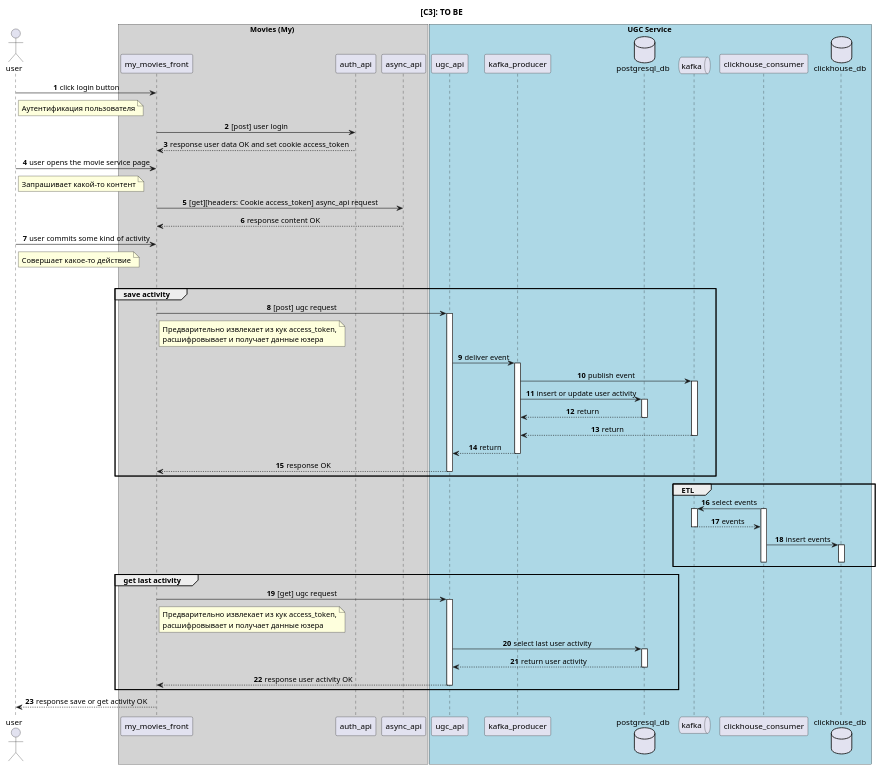
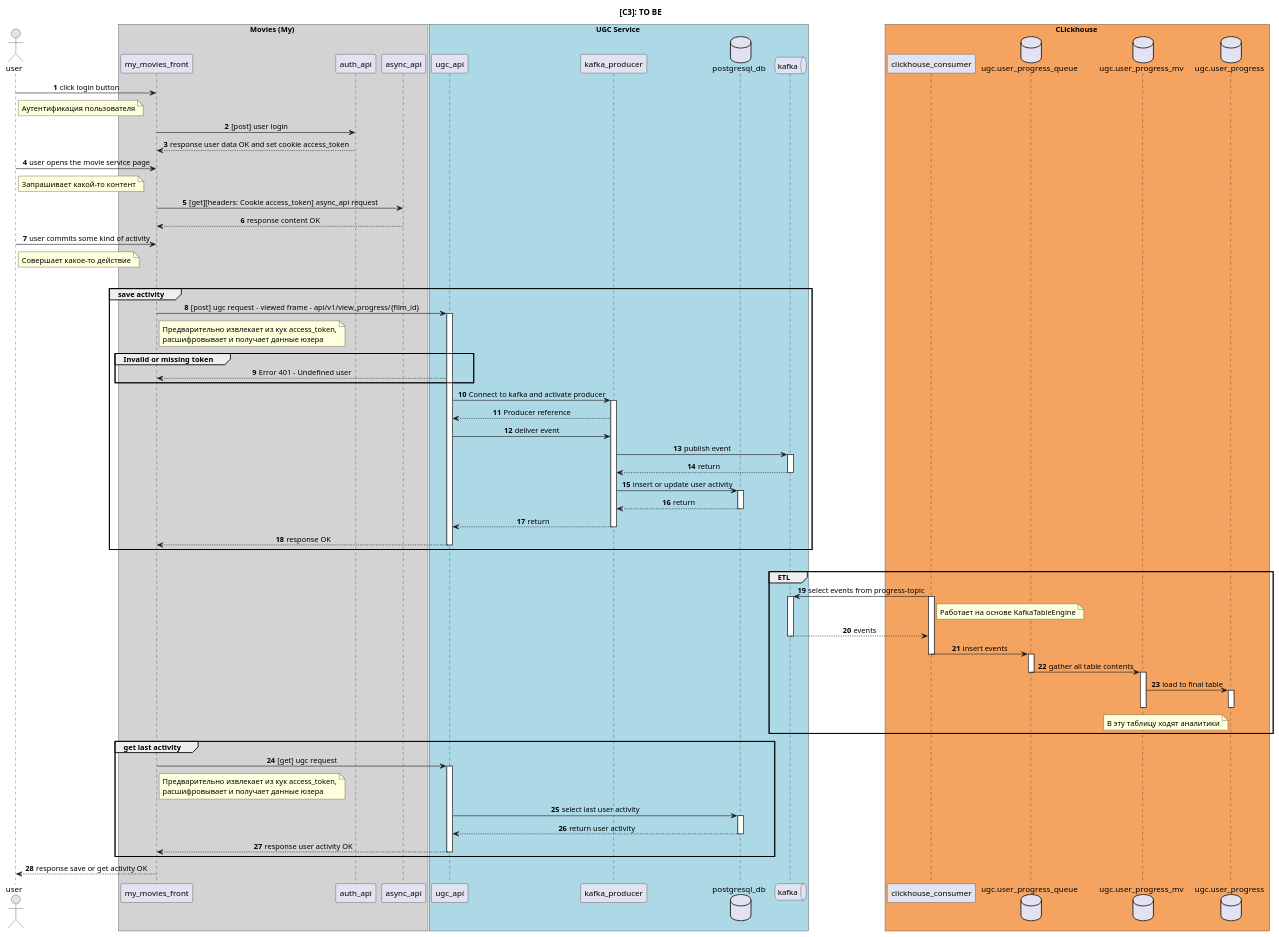
Before and after one commit to wiky-avis/movies_ugc_service: the diagram in docs/to_be/с3_to_be.puml, drawn with PlantUML. The commit also changed 2 other files, not shown here.

```diff
--- a/docs/to_be/с3_to_be.puml
+++ b/docs/to_be/с3_to_be.puml
@@ -1,99 +1,126 @@
 @startuml
 
 title [C3]: TO BE
 
 autonumber
 skinparam sequenceMessageAlign center
 
 actor user as user
 
 box Movies (My) #LightGray
 participant my_movies_front as my_movies_front
 participant auth_api as auth_api
 participant async_api as async_api
 end box
 
 user -> my_movies_front : click login button
 note right of user
 Аутентификация пользователя
 end note
 my_movies_front -> auth_api : [post] user login
 my_movies_front <-- auth_api: response user data OK and set cookie access_token
 user -> my_movies_front : user opens the movie service page
 note right of user
 Запрашивает какой-то контент
 end note
 my_movies_front -> async_api : [get][headers: Cookie access_token] async_api request
 my_movies_front <-- async_api: response content OK
 user -> my_movies_front : user commits some kind of activity
 note right of user
 Совершает какое-то действие
 end note
 
 |||
 
 box UGC Service #lightBlue
 participant ugc_api as ugc_api
 participant kafka_producer as kafka_producer
 database postgresql_db as postgresql_db
 queue kafka as kafka
 participant clickhouse_consumer as clickhouse_consumer
-database clickhouse_db as clickhouse_db
+database ugc.user_progress as ugc.user_progress
 end box
 
-autonumber 8
+
 group save activity
-my_movies_front -> ugc_api: [post] ugc request
+my_movies_front -> ugc_api: [post] ugc request - viewed frame - api/v1/view_progress/{film_id}
 note right of my_movies_front
 Предварительно извлекает из кук access_token,
 расшифровывает и получает данные юзера
 end note
 activate ugc_api
+
+group Invalid or missing token
+my_movies_front <-- ugc_api: Error 401 - Undefined user
+end
+
+ugc_api -> kafka_producer: Connect to kafka and activate producer
+activate kafka_producer
+ugc_api <-- kafka_producer: Producer reference
 ugc_api -> kafka_producer: deliver event
-activate kafka_producer
 kafka_producer -> kafka: publish event
 activate kafka
+kafka_producer <-- kafka: return
+deactivate kafka
 kafka_producer -> postgresql_db: insert or update user activity
 activate postgresql_db
 kafka_producer <-- postgresql_db: return
 deactivate postgresql_db
-kafka_producer <-- kafka: return
-deactivate kafka
 ugc_api <-- kafka_producer: return
 deactivate kafka_producer
 my_movies_front <-- ugc_api: response OK
 deactivate ugc_api
 end
 
-autonumber 16
+|||
+
+box CLickhouse #SandyBrown
+participant clickhouse_consumer as clickhouse_consumer
+database ugc.user_progress_queue as ugc.user_progress_queue
+database ugc.user_progress_mv as ugc.user_progress_mv
+database ugc.user_progress as ugc.user_progress
+end box
+
 group ETL
-kafka <- clickhouse_consumer: select events
+kafka <- clickhouse_consumer: select events from progress-topic
+note right of clickhouse_consumer
+Работает на основе KafkaTableEngine
+end note
 activate kafka
 activate clickhouse_consumer
 kafka --> clickhouse_consumer: events
 deactivate kafka
-clickhouse_consumer -> clickhouse_db: insert events
-activate clickhouse_db
+clickhouse_consumer -> ugc.user_progress_queue: insert events
 deactivate clickhouse_consumer
-deactivate clickhouse_db
+activate ugc.user_progress_queue
+ugc.user_progress_queue -> ugc.user_progress_mv: gather all table contents
+deactivate ugc.user_progress_queue
+activate ugc.user_progress_mv
+ugc.user_progress_mv -> ugc.user_progress: load to final table
+note left of ugc.user_progress
+В эту таблицу ходят аналитики
+end note
+activate ugc.user_progress
+deactivate ugc.user_progress_mv
+deactivate ugc.user_progress
 end
 
-autonumber 19
+
 group get last activity
 my_movies_front -> ugc_api: [get] ugc request
 note right of my_movies_front
 Предварительно извлекает из кук access_token,
 расшифровывает и получает данные юзера
 end note
 activate ugc_api
 ugc_api -> postgresql_db: select last user activity
 activate postgresql_db
 ugc_api <-- postgresql_db: return user activity
 deactivate postgresql_db
 my_movies_front <-- ugc_api: response user activity OK
 deactivate ugc_api
 end
 
 user <-- my_movies_front: response save or get activity OK
 
 @enduml
```
